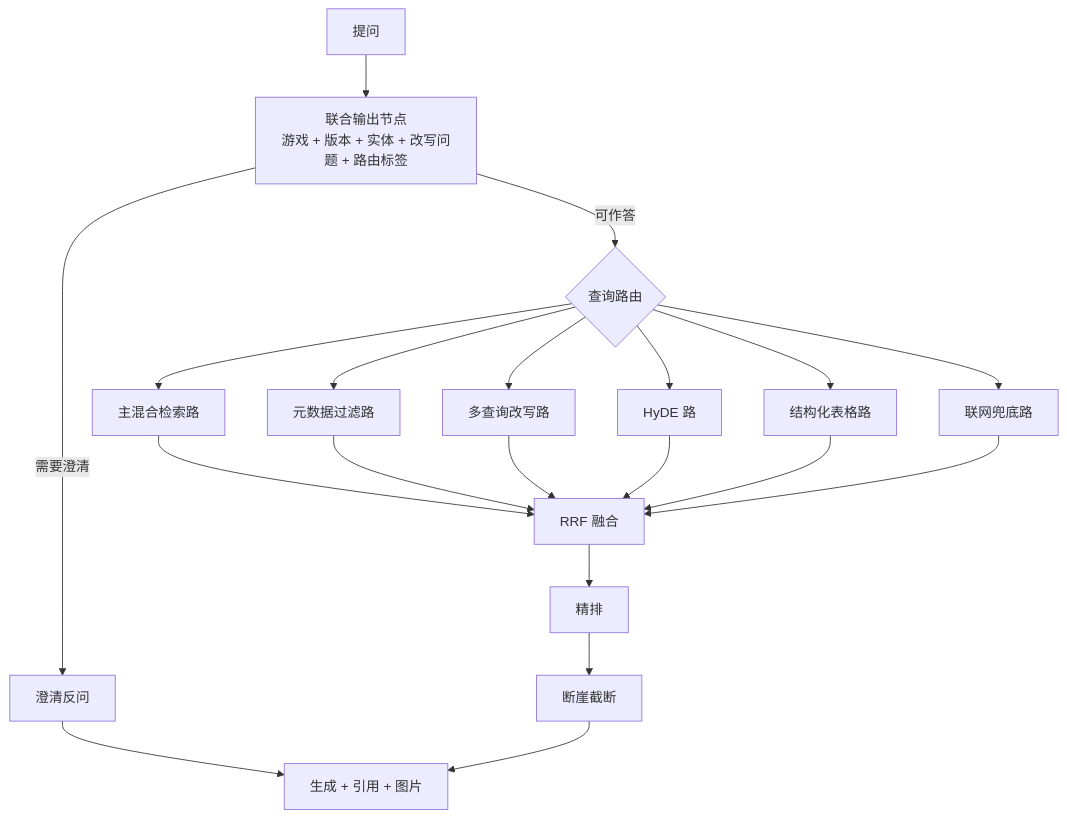
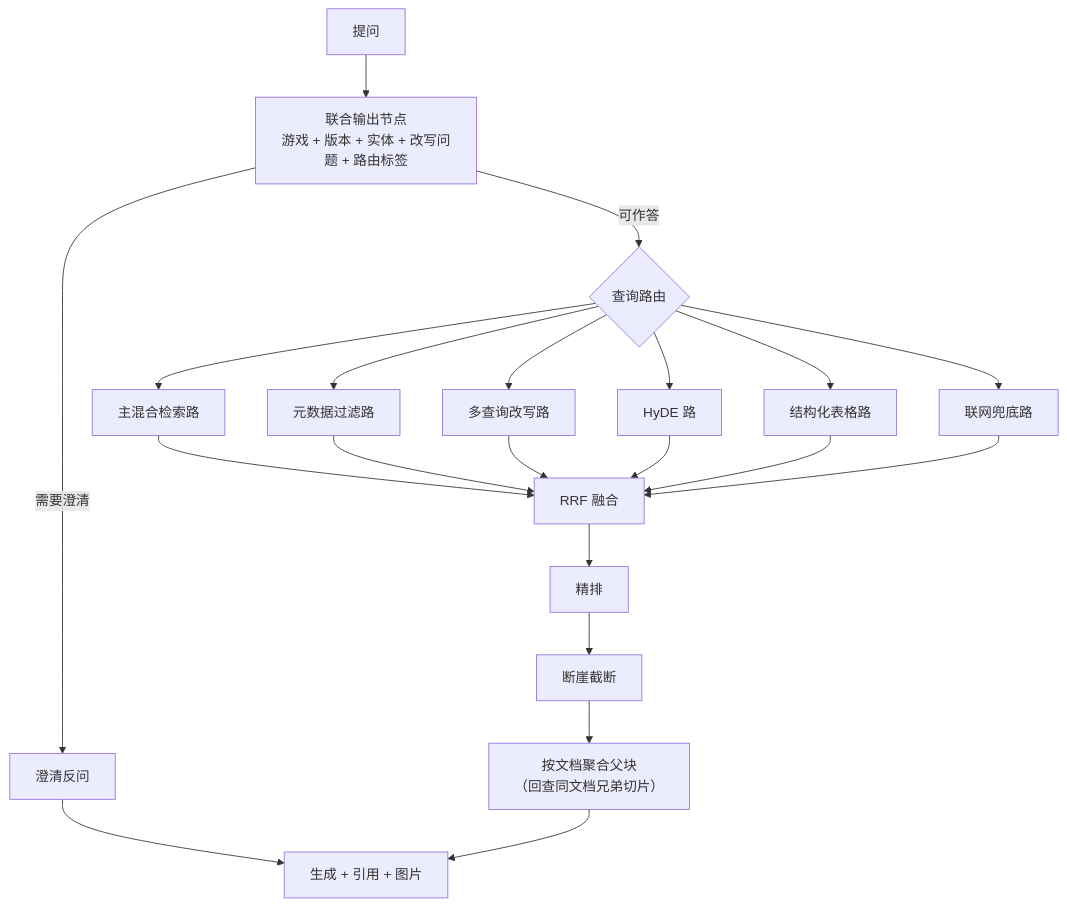
The second of 2 diagrams in docs/ARCHITECTURE.md (bigbadapai-bit/RAGamer), drawn with Mermaid before and after one commit. The commit also changed other lines of this file, not shown here.

First line of the commit message:
docs(arch): 补齐聚合父块落点并新增两个 schema 字段

````diff
--- a/docs/ARCHITECTURE.md
+++ b/docs/ARCHITECTURE.md
@@ -180,21 +194,22 @@
 ```mermaid
 flowchart TB
     Q[提问] --> U["联合输出节点<br/>游戏 + 版本 + 实体 + 改写问题 + 路由标签"]
     U -->|需要澄清| C[澄清反问] --> OUT
     U -->|可作答| R{查询路由}
     R --> P1[主混合检索路]
     R --> P2[元数据过滤路]
     R --> P3[多查询改写路]
     R --> P4[HyDE 路]
     R --> P5[结构化表格路]
     R --> P6[联网兜底路]
     P1 --> F[RRF 融合]
     P2 --> F
     P3 --> F
     P4 --> F
     P5 --> F
     P6 --> F
     F --> RK[精排]
     RK --> T[断崖截断]
-    T --> OUT[生成 + 引用 + 图片]
+    T --> AG["按文档聚合父块<br/>（回查同文档兄弟切片）"]
+    AG --> OUT[生成 + 引用 + 图片]
 ```
````
